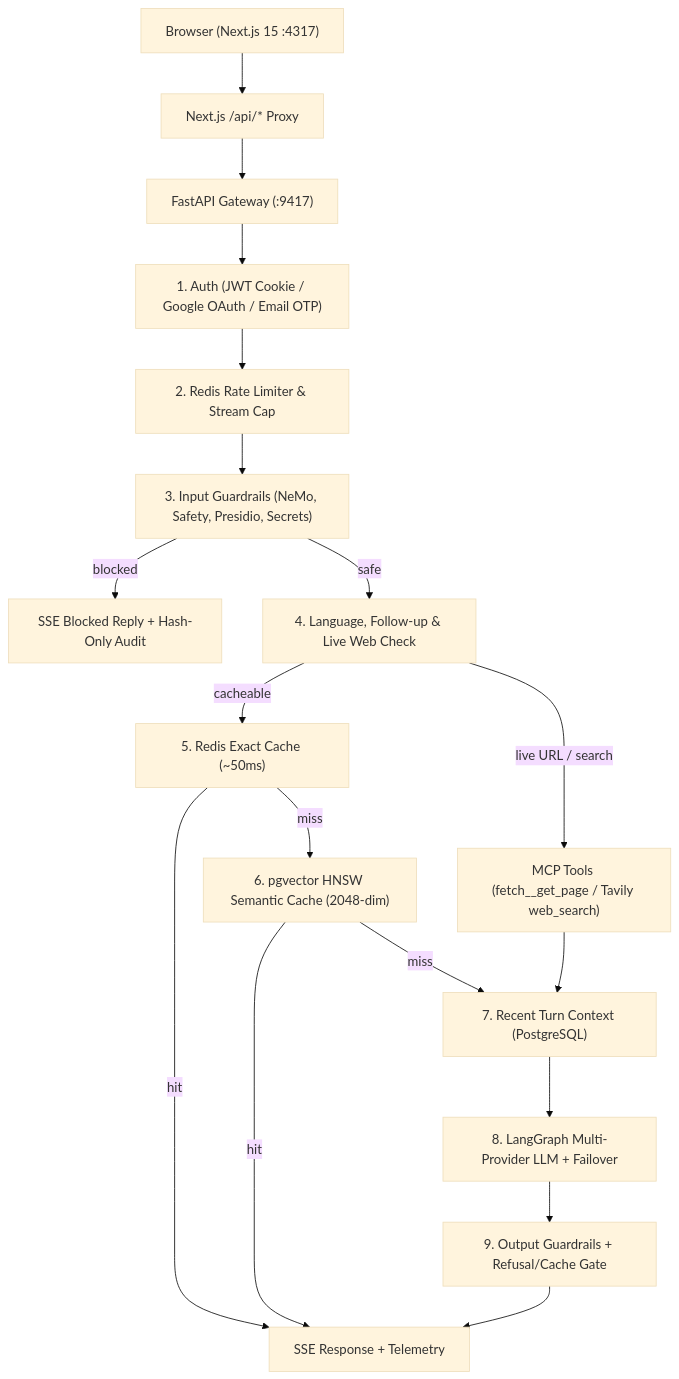
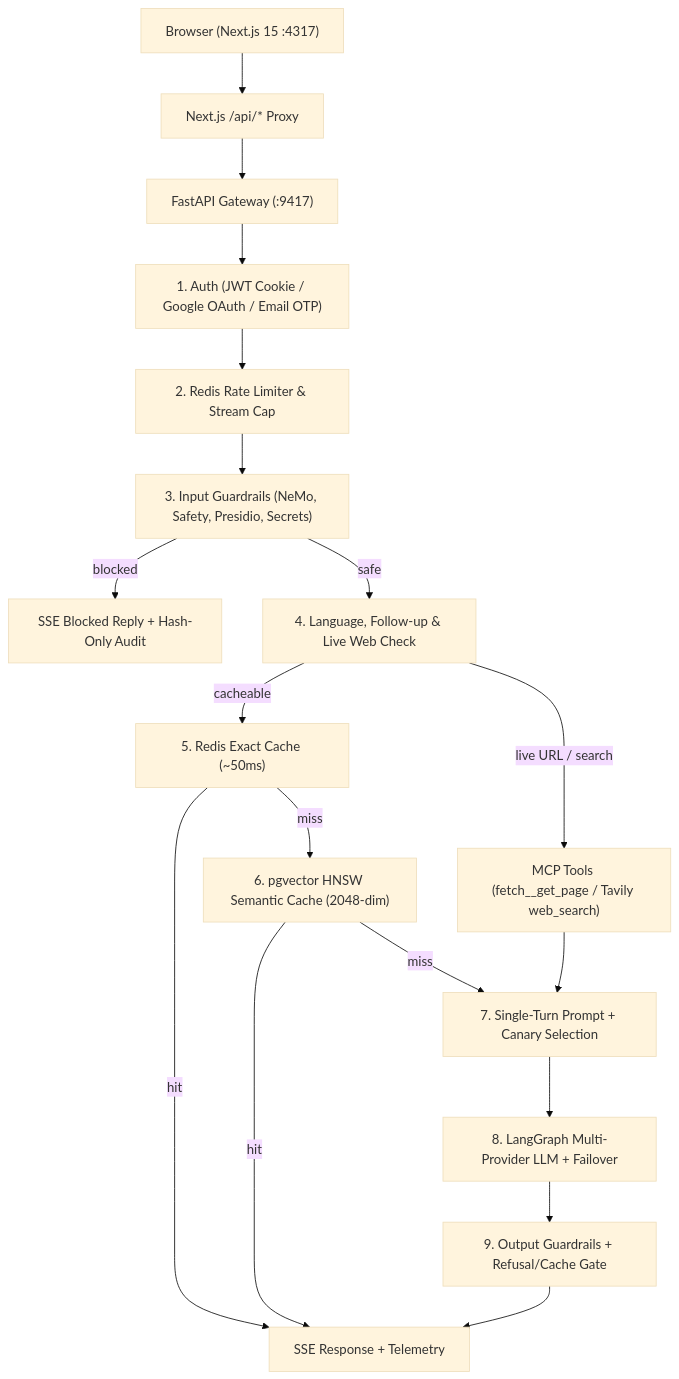
The first of 2 diagrams in README.md (NAMANSAINI62/VectoCore), drawn with Mermaid (base theme) before and after one commit. The commit also changed other lines of this file, not shown here.

Commit message:
docs: sync README env config (APP_ENV=production) and architecture with codebase

````diff
--- a/README.md
+++ b/README.md
@@ -97,20 +97,20 @@
 ```mermaid
 flowchart TD
     U["Browser (Next.js 15 :4317)"] --> P["Next.js /api/* Proxy"]
     P --> A["FastAPI Gateway (:9417)"]
     A --> AUTH["1. Auth (JWT Cookie / Google OAuth / Email OTP)"]
     AUTH --> RL["2. Redis Rate Limiter & Stream Cap"]
     RL --> IG["3. Input Guardrails (NeMo, Safety, Presidio, Secrets)"]
     IG -->|"blocked"| BLK["SSE Blocked Reply + Hash-Only Audit"]
     IG -->|"safe"| LANG["4. Language, Follow-up & Live Web Check"]
     LANG -->|"live URL / search"| MCP["MCP Tools (fetch__get_page / Tavily web_search)"]
     LANG -->|"cacheable"| L1["5. Redis Exact Cache (~50ms)"]
     L1 -->|"miss"| L2["6. pgvector HNSW Semantic Cache (2048-dim)"]
     L1 -->|"hit"| SSE["SSE Response + Telemetry"]
     L2 -->|"hit"| SSE
-    L2 -->|"miss"| CTX["7. Recent Turn Context (PostgreSQL)"]
+    L2 -->|"miss"| CTX["7. Single-Turn Prompt + Canary Selection"]
     MCP --> CTX
     CTX --> LLM["8. LangGraph Multi-Provider LLM + Failover"]
     LLM --> OG["9. Output Guardrails + Refusal/Cache Gate"]
     OG --> SSE
 ```
````
